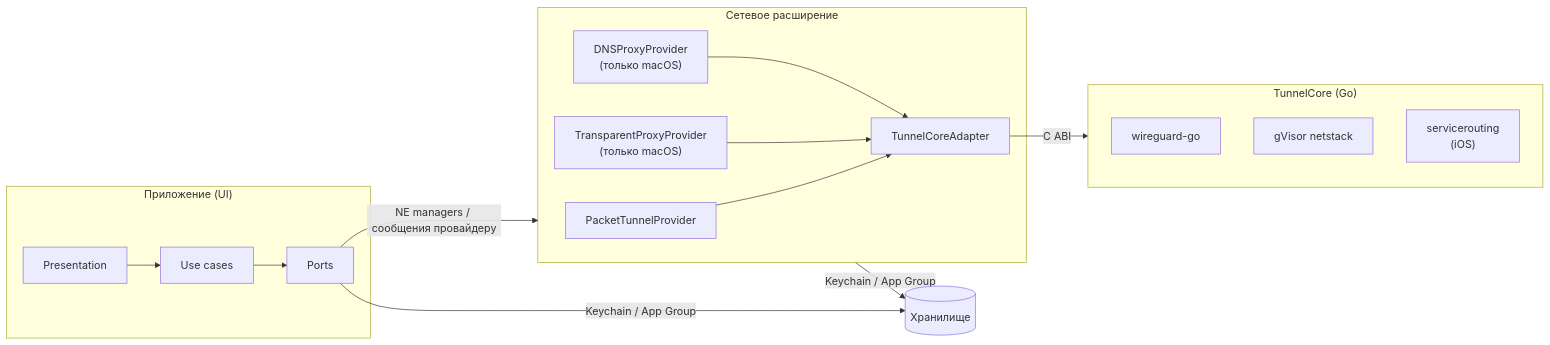
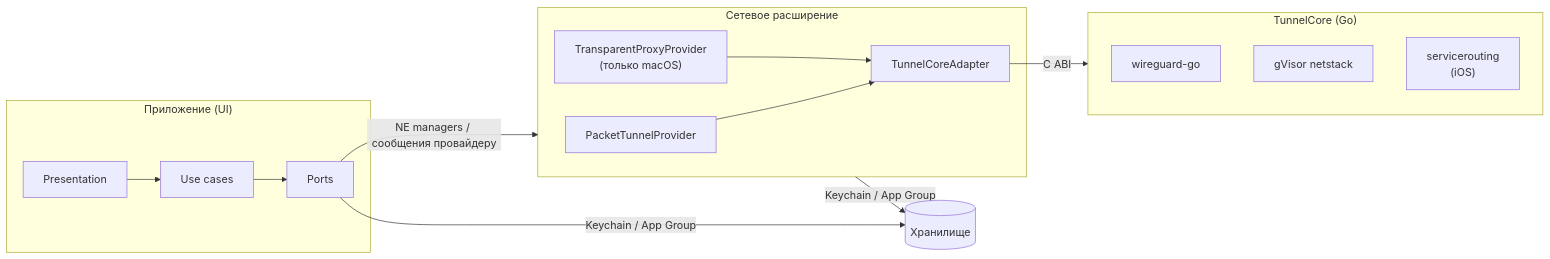
The diagram in docs/02-architecture.md (facelessdiplomat/splitway), drawn with Mermaid before and after one commit. The commit also changed other lines of this file and 10 other files, not shown here.

````diff
--- a/docs/02-architecture.md
+++ b/docs/02-architecture.md
@@ -23,25 +23,23 @@
 ```mermaid
 flowchart LR
   subgraph App["Приложение (UI)"]
     UI[Presentation] --> UC[Use cases]
     UC --> Ports
   end
   subgraph Ext["Сетевое расширение"]
     PT[PacketTunnelProvider]
     TP["TransparentProxyProvider<br/>(только macOS)"]
-    DP["DNSProxyProvider<br/>(только macOS)"]
     Engine[TunnelCoreAdapter]
     PT --> Engine
     TP --> Engine
-    DP --> Engine
   end
   subgraph Go["TunnelCore (Go)"]
     WG[wireguard-go]
     NS[gVisor netstack]
     SR["servicerouting<br/>(iOS)"]
   end
   Ports -- "NE managers / сообщения провайдеру" --> Ext
   Ports -- "Keychain / App Group" --> Store[(Хранилище)]
   Ext -- "Keychain / App Group" --> Store
   Engine -- C ABI --> Go
 ```
````
